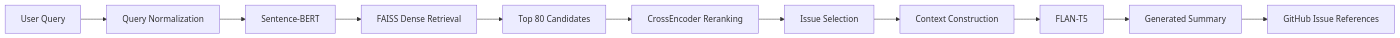
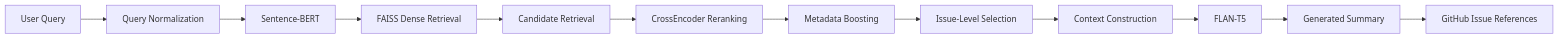
The diagram in README.md (briyanyehezkhiel/github-issues-rag), drawn with Mermaid before and after one commit. The commit also changed other lines of this file, not shown here.

````diff
--- a/README.md
+++ b/README.md
@@ -21,13 +22,14 @@
 ```mermaid
 flowchart LR
     A[User Query] --> B[Query Normalization]
     B --> C[Sentence-BERT]
     C --> D[FAISS Dense Retrieval]
-    D --> E[Top 80 Candidates]
+    D --> E[Candidate Retrieval]
     E --> F[CrossEncoder Reranking]
-    F --> G[Issue Selection]
-    G --> H[Context Construction]
-    H --> I[FLAN-T5]
-    I --> J[Generated Summary]
-    J --> K[GitHub Issue References]
+    F --> G[Metadata Boosting]
+    G --> H[Issue-Level Selection]
+    H --> I[Context Construction]
+    I --> J[FLAN-T5]
+    J --> K[Generated Summary]
+    K --> L[GitHub Issue References]
 ```
````
